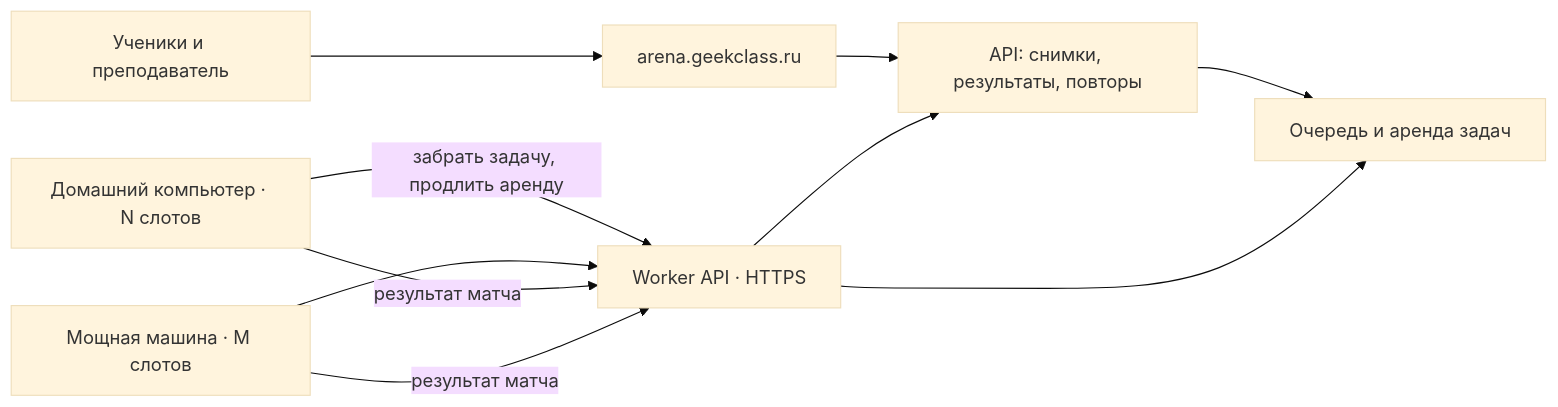
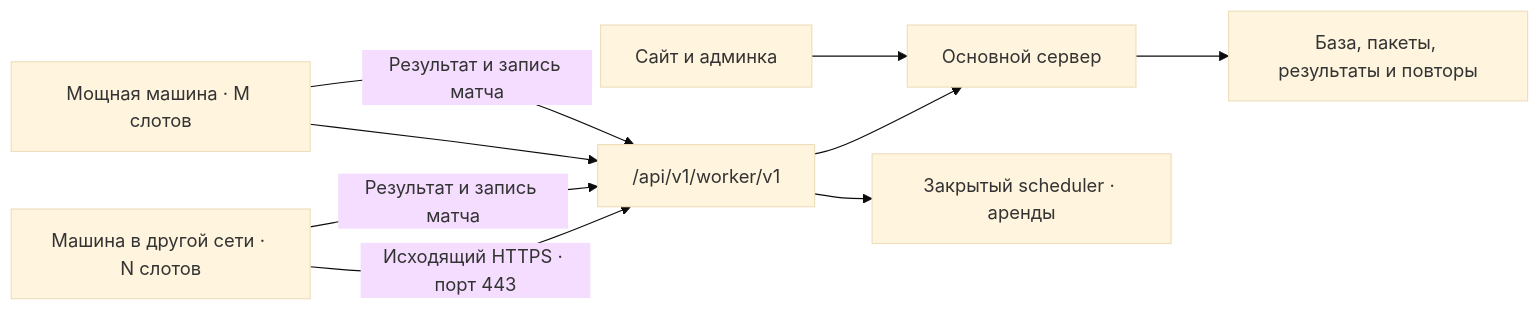
The diagram in docs/REMOTE_WORKER_SCALING_V1.md (roctbb/ai-game-engine), drawn with Mermaid (base theme) before and after one commit. The commit also changed other lines of this file and 32 other files, not shown here.

Commit message:
Connect external Docker workers over HTTPS with scoped machine tokens

````diff
--- a/docs/REMOTE_WORKER_SCALING_V1.md
+++ b/docs/REMOTE_WORKER_SCALING_V1.md
@@ -24,12 +21,11 @@
 ```mermaid
 flowchart LR
-    STUDENTS["Ученики и преподаватель"] --> WEB["arena.geekclass.ru"]
-    WEB --> API["API: снимки, результаты, повторы"]
-    API --> QUEUE["Очередь и аренда задач"]
-    NODE1["Домашний компьютер · N слотов"] -->|"забрать задачу, продлить аренду"| GATE["Worker API · HTTPS"]
-    NODE2["Мощная машина · M слотов"] --> GATE
-    GATE --> QUEUE
+    UI["Сайт и админка"] --> API["Основной сервер"]
+    MACHINE1["Машина в другой сети · N слотов"] -->|"Исходящий HTTPS · порт 443"| GATE["/api/v1/worker/v1"]
+    MACHINE2["Мощная машина · M слотов"] --> GATE
+    GATE --> SCHEDULER["Закрытый scheduler · аренды"]
     GATE --> API
-    NODE1 -->|"результат матча"| GATE
-    NODE2 -->|"результат матча"| GATE
+    API --> STORAGE["База, пакеты, результаты и повторы"]
+    MACHINE1 -->|"Результат и запись матча"| GATE
+    MACHINE2 -->|"Результат и запись матча"| GATE
 ```
````
